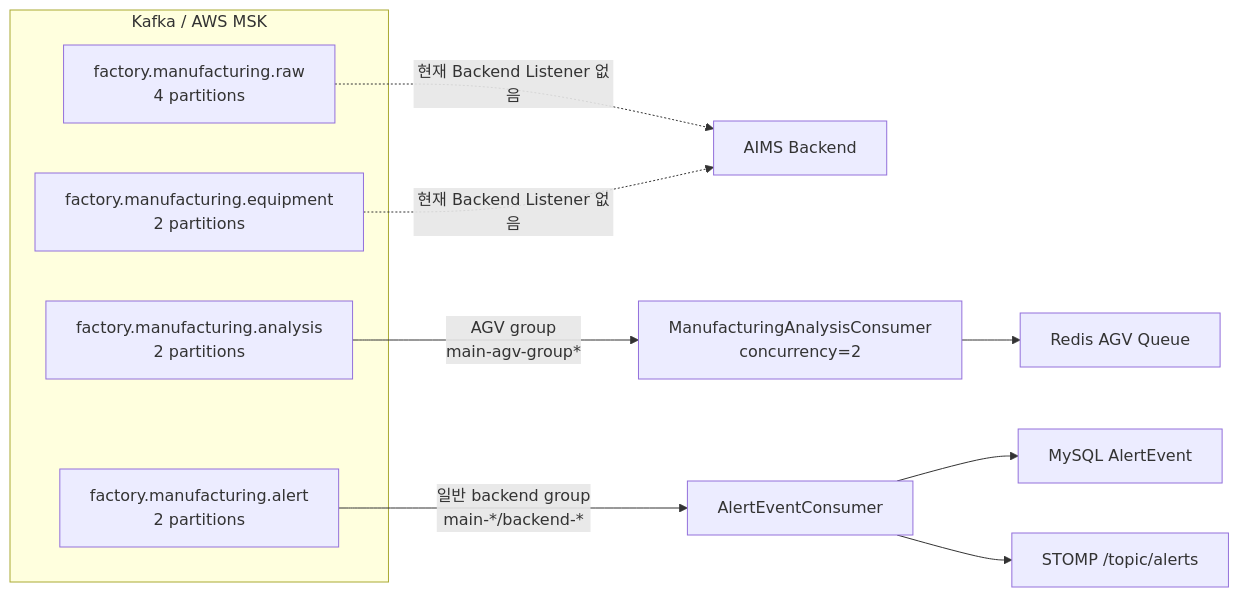
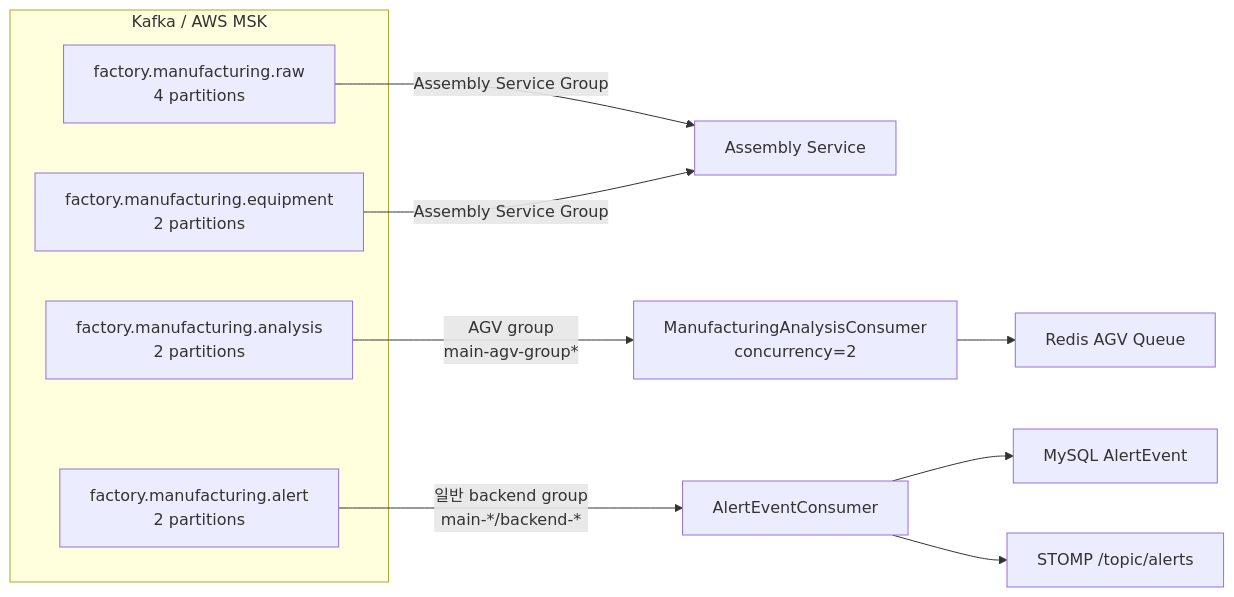
One commit to SK-Rookies-AIMS/backend changed the fifth of 5 diagrams in README.md. Above: the diagram before and after it, drawn with Mermaid. The commit also changed other lines of this file, not shown here.

Commit message:
docs: Kafka 및 Assembly Service 처리 구조 문서화

````diff
--- a/README.md
+++ b/README.md
@@ -209,17 +209,18 @@
 ```mermaid
 flowchart LR
-    subgraph K[Kafka / AWS MSK]
+    subgraph K["Kafka / AWS MSK"]
         RAW[factory.manufacturing.raw<br/>4 partitions]
         ANALYSIS[factory.manufacturing.analysis<br/>2 partitions]
         ALERT[factory.manufacturing.alert<br/>2 partitions]
         EQUIP[factory.manufacturing.equipment<br/>2 partitions]
     end
 
-    RAW -. 현재 Backend Listener 없음 .-> B[ AIMS Backend ]
-    EQUIP -. 현재 Backend Listener 없음 .-> B
+    AS[Assembly Service]
+    RAW -->|Assembly Service Group| AS
+    EQUIP -->|Assembly Service Group| AS
     ANALYSIS -->|AGV group<br/>main-agv-group*| AC[ManufacturingAnalysisConsumer<br/>concurrency=2]
     ALERT -->|일반 backend group<br/>main-*/backend-*| NC[AlertEventConsumer]
     AC --> RQ[Redis AGV Queue]
     NC --> DB[MySQL AlertEvent]
     NC --> WS["STOMP /topic/alerts"]
 ```
````
